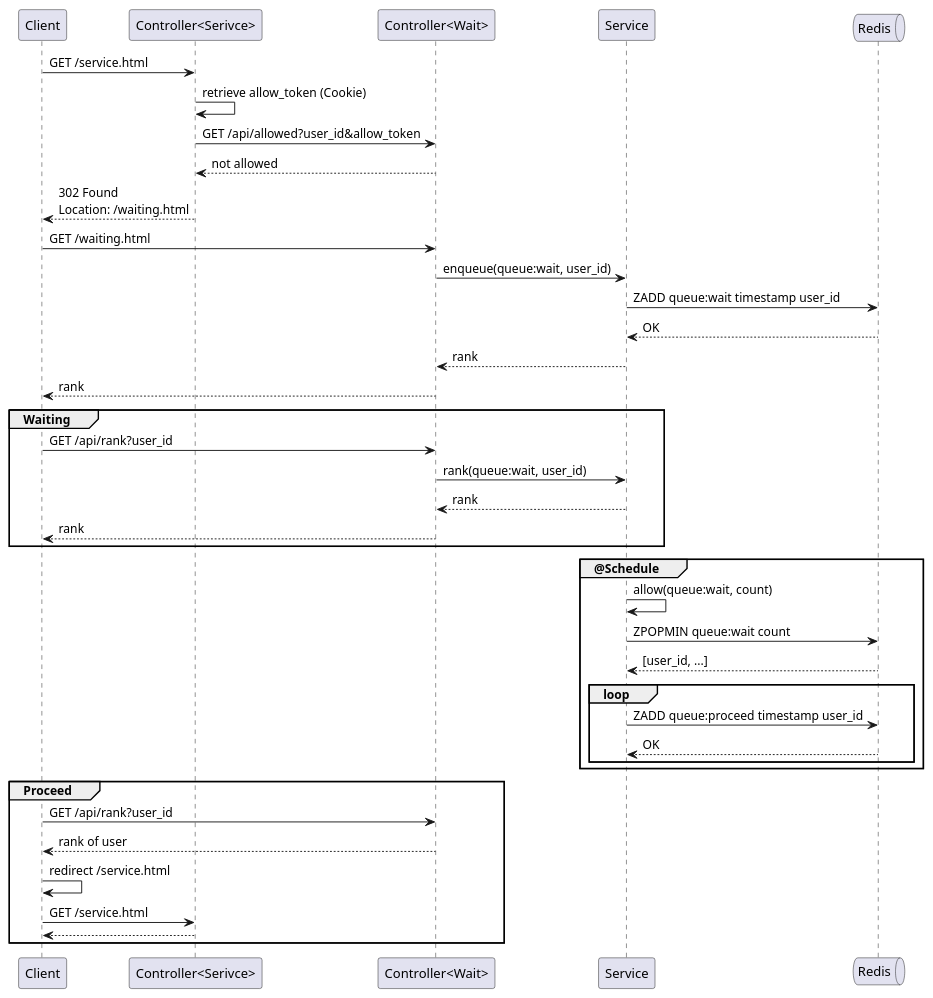
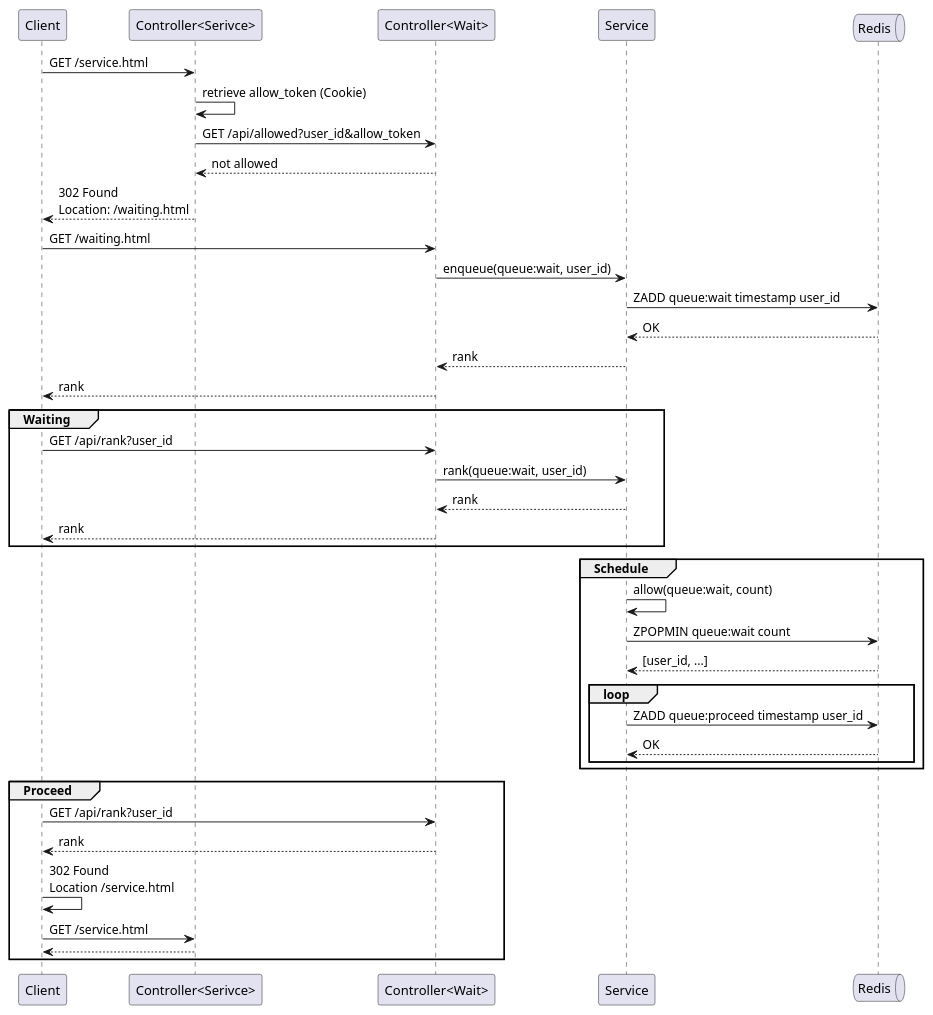
One commit to yanghoon/obsidian-workspace changed the diagram in _diary/2024-06-08.md. Above: the diagram before and after it, drawn with PlantUML.

Commit message:
vault backup: 2024-06-09 19:39:07

````diff
--- a/_diary/2024-06-08.md
+++ b/_diary/2024-06-08.md
@@ -11,49 +11,49 @@
 ```plantuml
 @startuml
 
 participant Client
 participant "Controller<Serivce>" as ServiceController
 participant "Controller<Wait>" as Controller
 participant Service
 queue Redis
 
 Client -> ServiceController: GET /service.html
   ServiceController -> ServiceController: retrieve allow_token (Cookie)
   ServiceController -> Controller: GET /api/allowed?user_id&allow_token
   ServiceController <-- Controller: not allowed
 Client <-- ServiceController: 302 Found\nLocation: /waiting.html
 
 Client -> Controller: GET /waiting.html
   Controller -> Service: enqueue(queue:wait, user_id)
     Service -> Redis: ZADD queue:wait timestamp user_id
     Service <-- Redis: OK
   Controller <-- Service: rank
 Client <-- Controller: rank
 
 group Waiting
   Client -> Controller: GET /api/rank?user_id
     Controller -> Service: rank(queue:wait, user_id)
     Controller <-- Service: rank
   Client <-- Controller: rank
 end
 
-group @Schedule
+group Schedule
   Service -> Service: allow(queue:wait, count)
   Service -> Redis: ZPOPMIN queue:wait count
   Service <-- Redis: [user_id, ...]
   loop
     Service -> Redis: ZADD queue:proceed timestamp user_id
     Service <-- Redis: OK
   end
 end
 
 group Proceed
   Client -> Controller: GET /api/rank?user_id
-  Client <-- Controller: rank of user
-  Client -> Client: redirect /service.html
+  Client <-- Controller: rank
+  Client -> Client: 302 Found\nLocation /service.html
   Client -> ServiceController: GET /service.html
   Client <-- ServiceController
 end
 
 @enduml
 ```
````
